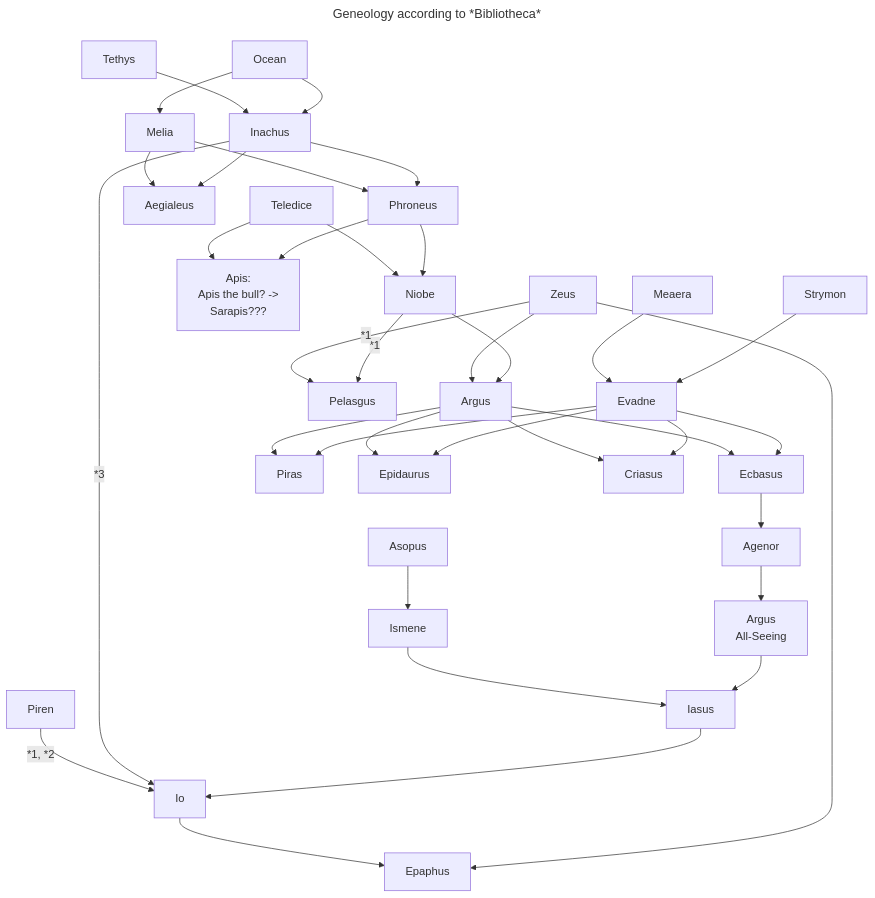
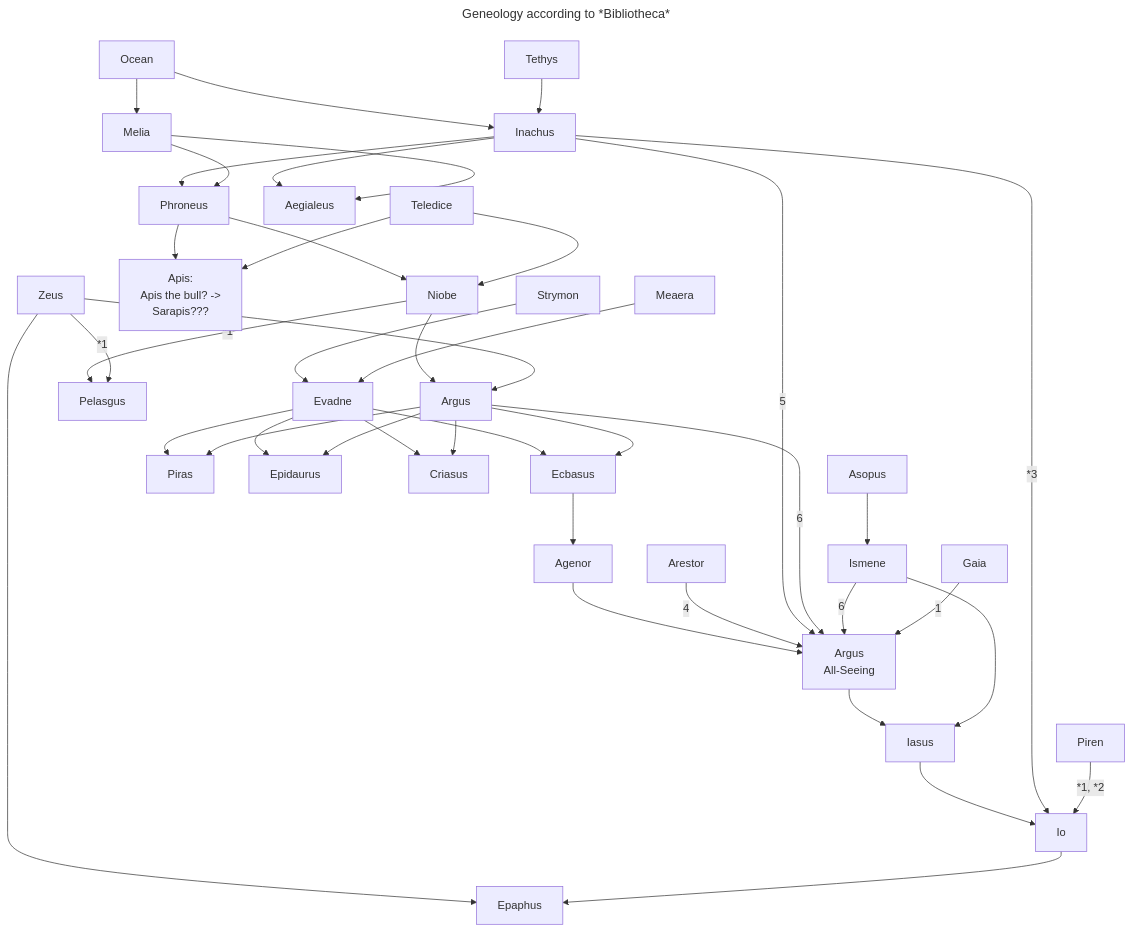
The diagram in University/Fall '26/CL305/Research/Argus Panoptes.md (jhuinaccruz/obsidian-notes), drawn with Mermaid before and after one commit. The commit also changed other lines of this file and 278 other files, not shown here.

````diff
--- a/University/Fall '26/CL305/Research/Argus Panoptes.md
+++ b/University/Fall '26/CL305/Research/Argus Panoptes.md
@@ -11,34 +12,38 @@
 ```mermaid
 ---
 title: Geneology according to *Bibliotheca*
 ---
 flowchart TD
 
 Ocean & Tethys --> Inachus
 Ocean --> Melia
 
 Inachus & Melia --> Phroneus & Aegialeus
 Phroneus & Teledice --> Niobe & Apis
 
 Apis[Apis:
 Apis the bull? ->
 Sarapis???]
 
 Niobe & Zeus --> Argus
 Niobe & Zeus -- *1 --> Pelasgus
 
 Evadne & Argus --> Ecbasus & Piras & Epidaurus & Criasus
 Strymon & Meaera --> Evadne
 
 Ecbasus --> Agenor --> AAS
 AAS[Argus
 All-Seeing]
+Arestor -- 4 --> AAS
+Inachus -- 5 --> AAS
+Argus & Ismene -- 6 --> AAS
+Gaia -- 1 --> AAS
 
 Asopus --> Ismene
 AAS & Ismene --> Iasus --> Io
 Inachus -- *3 --> Io
 Piren -- *1, *2 --> Io
 
 Zeus & Io --> Epaphus
 
 ```
````
